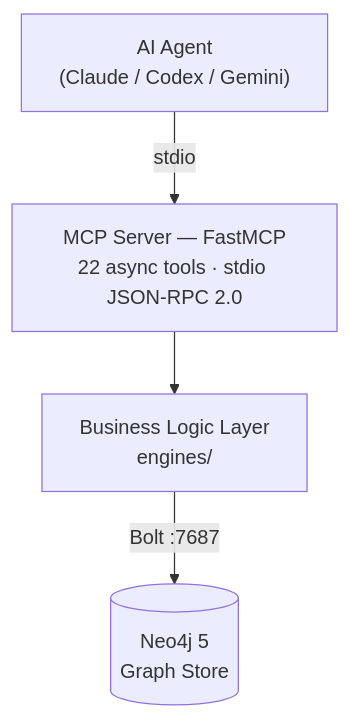
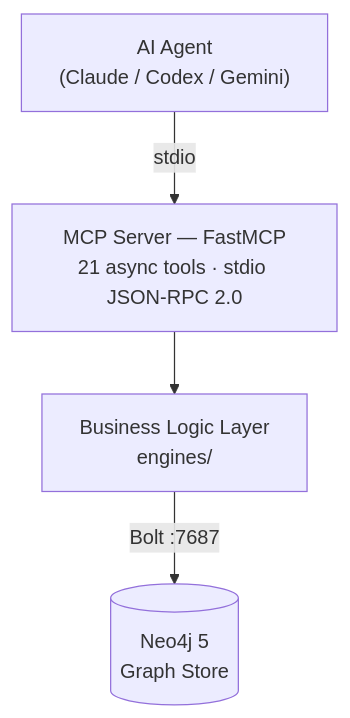
Before and after one commit to khoavu882/graphbase-memories-mcp: the diagram in docs/index.md, drawn with Mermaid. The commit also changed other lines of this file and 70 other files, not shown here.

````diff
--- a/docs/index.md
+++ b/docs/index.md
@@ -17,11 +17,11 @@
 ```mermaid
 graph TD
     A["AI Agent<br/>(Claude / Codex / Gemini)"]
-    B["MCP Server — FastMCP<br/>22 async tools · stdio JSON-RPC 2.0"]
+    B["MCP Server — FastMCP<br/>21 async tools · stdio JSON-RPC 2.0"]
     C["Business Logic Layer<br/>engines/"]
     I[("Neo4j 5<br/>Graph Store")]
 
     A -->|"stdio"| B
     B --> C
     C -->|"Bolt :7687"| I
 ```
````
